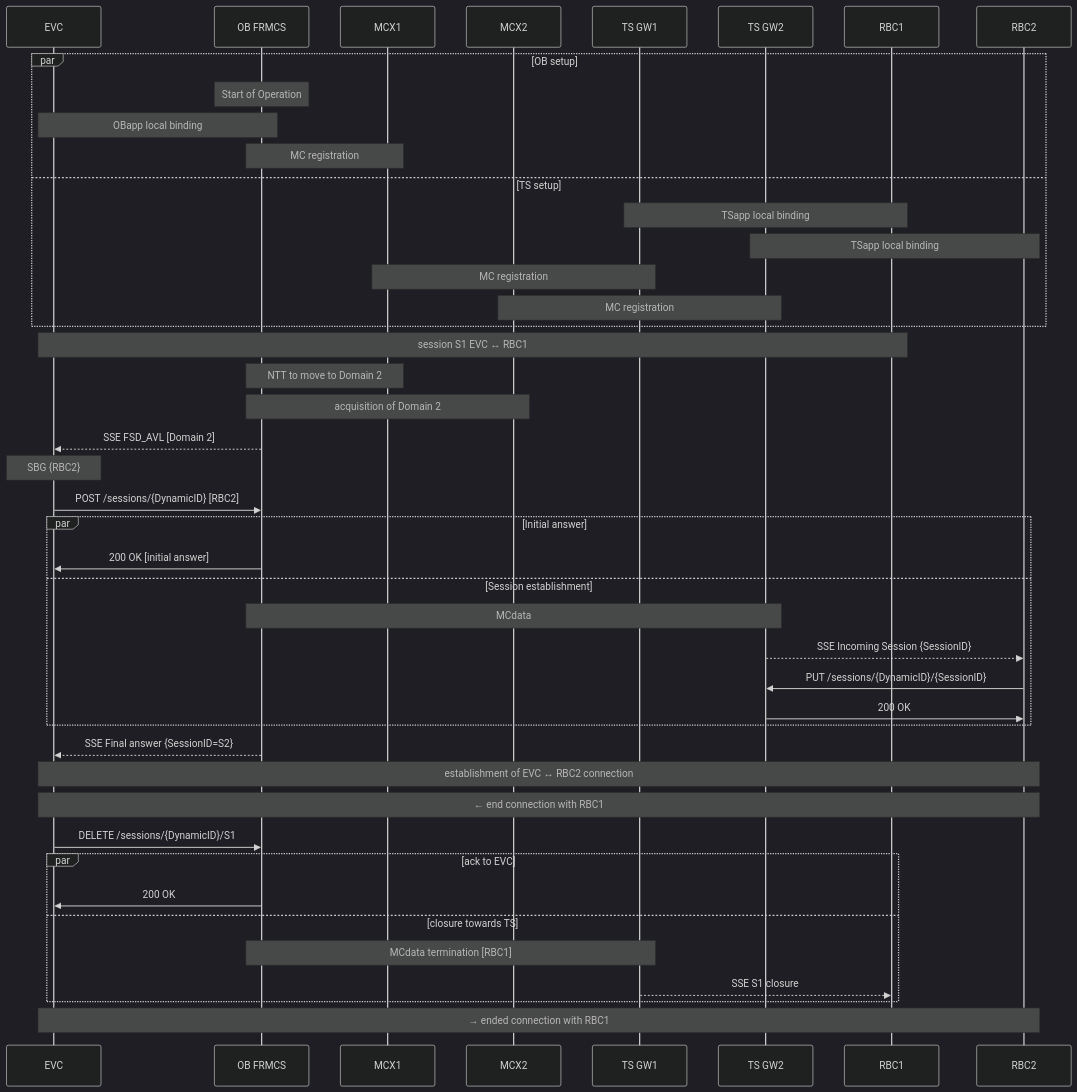
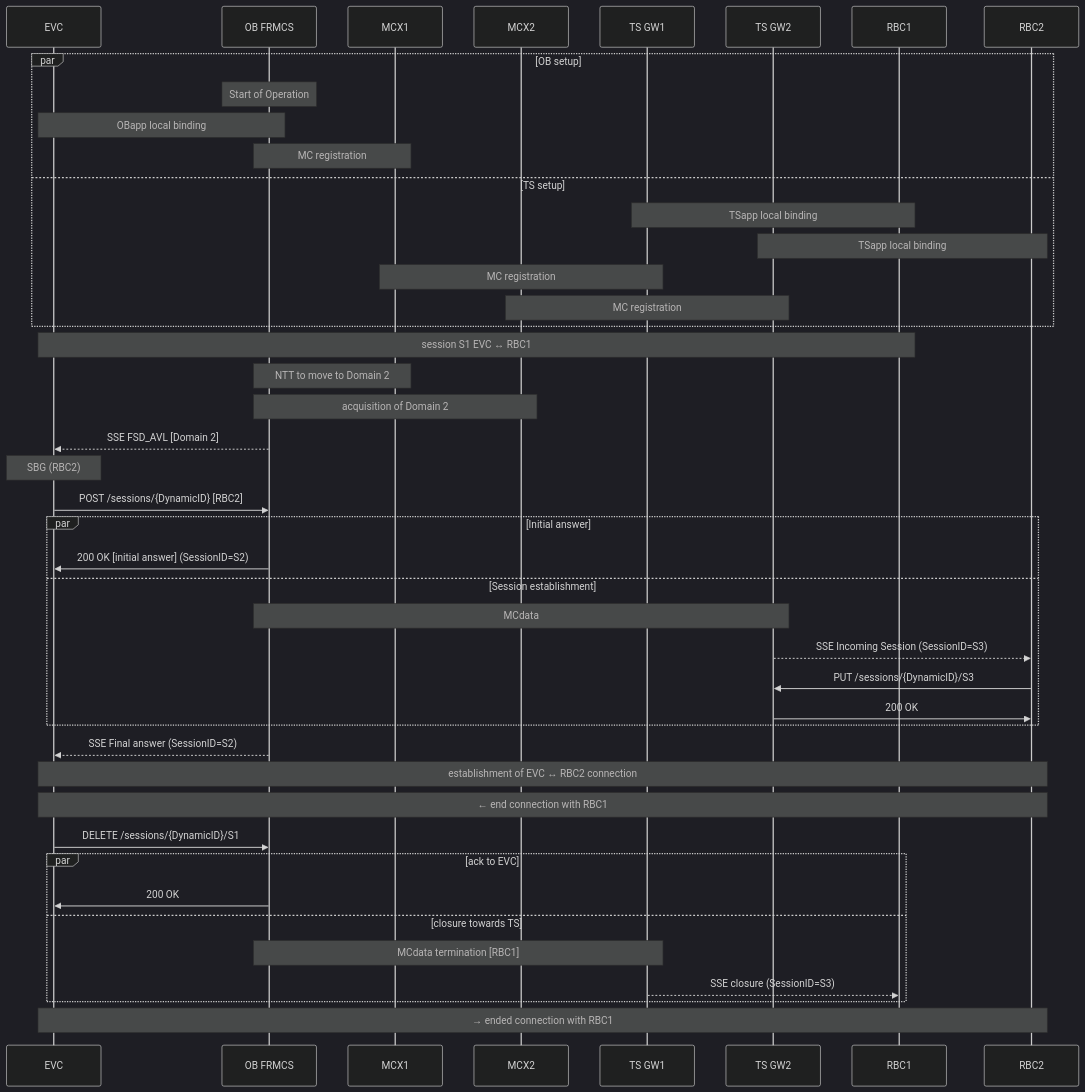
One commit to UICrail/FRMCSSandbox changed the fourth of 4 diagrams in API/README.md. Above: the diagram before and after it, drawn with Mermaid (dark theme). The commit also changed other lines of this file, not shown here.

Commit message:
README.md - corrected session identifiers in ETCS flows for readability

````diff
--- a/API/README.md
+++ b/API/README.md
@@ -148,56 +148,56 @@
 ```mermaid
 
 sequenceDiagram
 participant A as EVC
 participant O as OB FRMCS
 participant M1 as MCX1
 participant M2 as MCX2
 participant T1 as TS GW1
 participant T2 as TS GW2
 participant B1 as RBC1
 participant B2 as RBC2
 
 par OB setup
 	Note over O: Start of Operation 
 	Note over A,O: OBapp local binding
 	Note over O,M1:	MC registration
 and TS setup
 	Note over B1,T1: TSapp local binding
 	Note over B2,T2: TSapp local binding
 	Note over T1,M1: MC registration
 	Note over T2,M2: MC registration
 end
 
 % existing session with B1
 Note over A,B1: session S1 EVC ↔ RBC1
 
 % BXL
 Note over O,M1: NTT to move to Domain 2
 Note over O,M2: acquisition of Domain 2
 O-->>A: SSE FSD_AVL [Domain 2]
 
 % establishment of session to B2
-Note over A:	SBG {RBC2}
+Note over A:	SBG (RBC2)
 
 A->>O:	POST /sessions/{DynamicID} [RBC2]
 par Initial answer
-	O->>A:	200 OK [initial answer]
+	O->>A:	200 OK [initial answer] (SessionID=S2)
 and Session establishment
 	Note over O,T2: MCdata
-	T2-->>B2:	SSE Incoming Session {SessionID}
-	B2->>T2:	PUT /sessions/{DynamicID}/{SessionID}
+	T2-->>B2:	SSE Incoming Session (SessionID=S3)
+	B2->>T2:	PUT /sessions/{DynamicID}/S3
 	T2->>B2: 200 OK
 end
-O-->>A:	SSE Final answer {SessionID=S2}	
+O-->>A:	SSE Final answer (SessionID=S2)
 Note over A,B2: establishment of EVC ↔ RBC2 connection
 Note over A,B2: ← end connection with RBC1
 A->>O:	DELETE /sessions/{DynamicID}/S1
 par ack to EVC
 	O->>A:	200 OK
 and closure towards TS
 	Note over O,T1:	MCdata termination [RBC1]
-	T1-->>B1: SSE S1 closure
+	T1-->>B1: SSE closure (SessionID=S3)
 end
 Note over A,B2: → ended connection with RBC1
 
 ```
````
